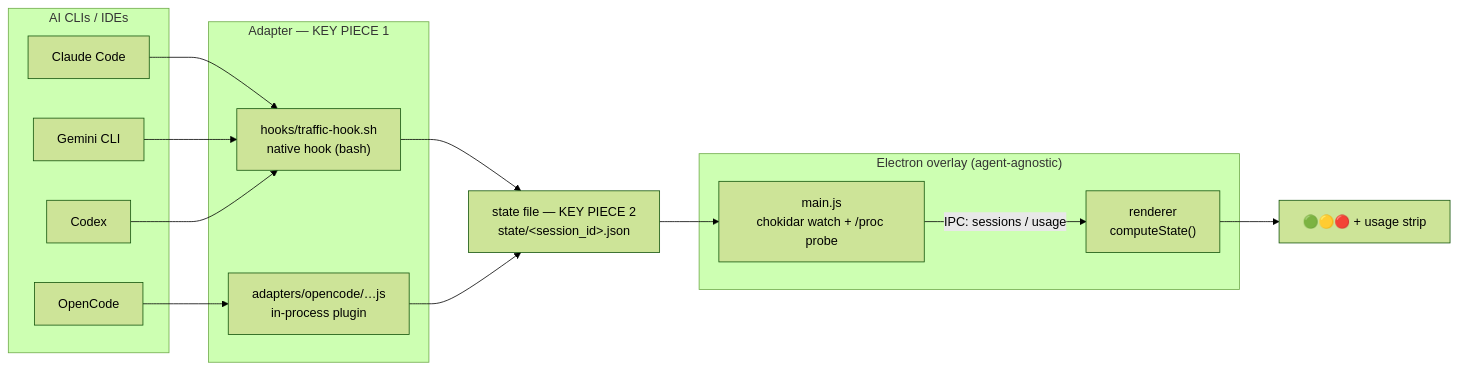
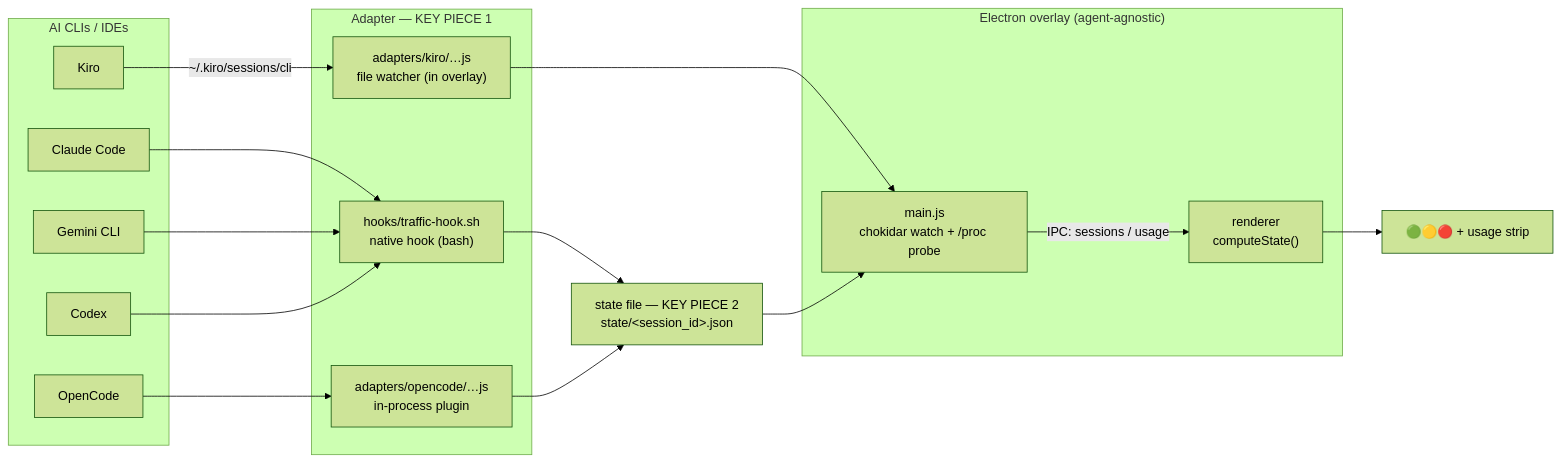
One commit to aronpc/ai-traffic-lights changed the first of 4 diagrams in docs/ARCHITECTURE.md. Above: the diagram before and after it, drawn with Mermaid (forest theme). The commit also changed other lines of this file and 13 other files, not shown here.

````diff
--- a/docs/ARCHITECTURE.md
+++ b/docs/ARCHITECTURE.md
@@ -33,31 +33,35 @@
 ```mermaid
 flowchart LR
     subgraph clis["AI CLIs / IDEs"]
         A1["Claude Code"]
         A2["Gemini CLI"]
         A3["Codex"]
         A4["OpenCode"]
+        A5["Kiro"]
     end
 
     subgraph adapters["Adapter — KEY PIECE 1"]
         H["hooks/traffic-hook.sh<br/>native hook (bash)"]
         P["adapters/opencode/…js<br/>in-process plugin"]
+        W["adapters/kiro/…js<br/>file watcher (in overlay)"]
     end
 
     SF["state file — KEY PIECE 2<br/>state/&lt;session_id&gt;.json"]
 
     subgraph overlay["Electron overlay (agent-agnostic)"]
         M["main.js<br/>chokidar watch + /proc probe"]
         R["renderer<br/>computeState()"]
     end
 
     A1 --> H
     A2 --> H
     A3 --> H
     A4 --> P
+    A5 -->|"~/.kiro/sessions/cli"| W
+    W --> M
     H --> SF
     P --> SF
     SF --> M
     M -->|"IPC: sessions / usage"| R
     R --> OUT["🟢🟡🔴 + usage strip"]
 ```
````
